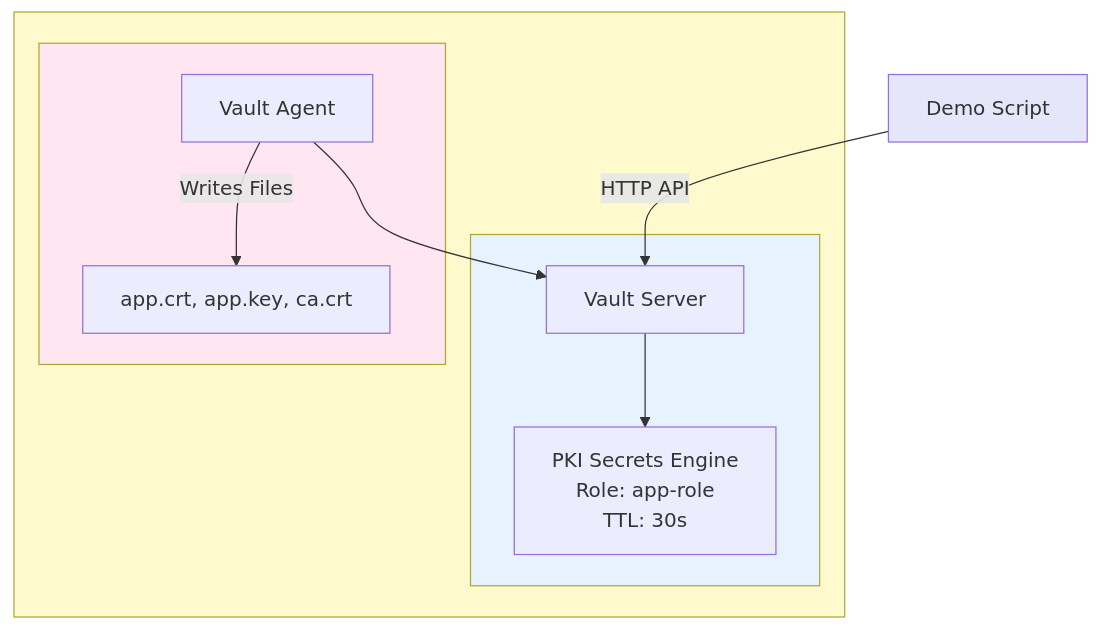
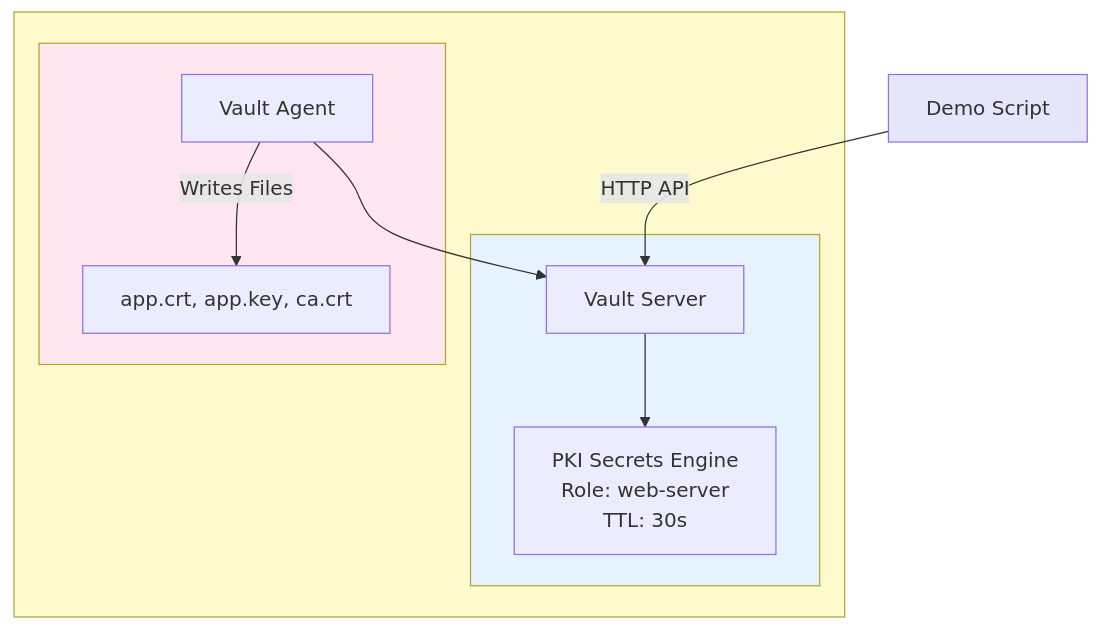
Before and after one commit to songlining/pki: the ninth of 12 diagrams in agent-demo-diagrams.md, drawn with Mermaid. The commit also changed other lines of this file and 20 other files, not shown here.

First line of the commit message:
Add deck-api presenterm deck; rename PKI role app-role to web-server

````diff
--- a/agent-demo-diagrams.md
+++ b/agent-demo-diagrams.md
@@ -373,29 +373,29 @@
 ```mermaid
 graph TB
     Client[Demo Script]
     
     Client -->|HTTP API| VaultServer
 
     subgraph DockerNetwork[" "]
         subgraph VaultContainer[" "]
             VaultServer[Vault Server]
             VaultServer --> PKIEngine
         end
         
         subgraph AgentContainer[" "]
             AgentProxy[Vault Agent]
             AgentProxy -->|Writes Files| OutputFiles
         end
         
-        PKIEngine[PKI Secrets Engine<br/>Role: app-role<br/>TTL: 30s]
+        PKIEngine[PKI Secrets Engine<br/>Role: web-server<br/>TTL: 30s]
         
         OutputFiles[app.crt, app.key, ca.crt]
     end
     
     AgentProxy --> VaultServer
     
     style DockerNetwork fill:#fffacd
     style VaultContainer fill:#e6f3ff
     style AgentContainer fill:#ffe6f0
     style Client fill:#e6e6fa
 ```
````
